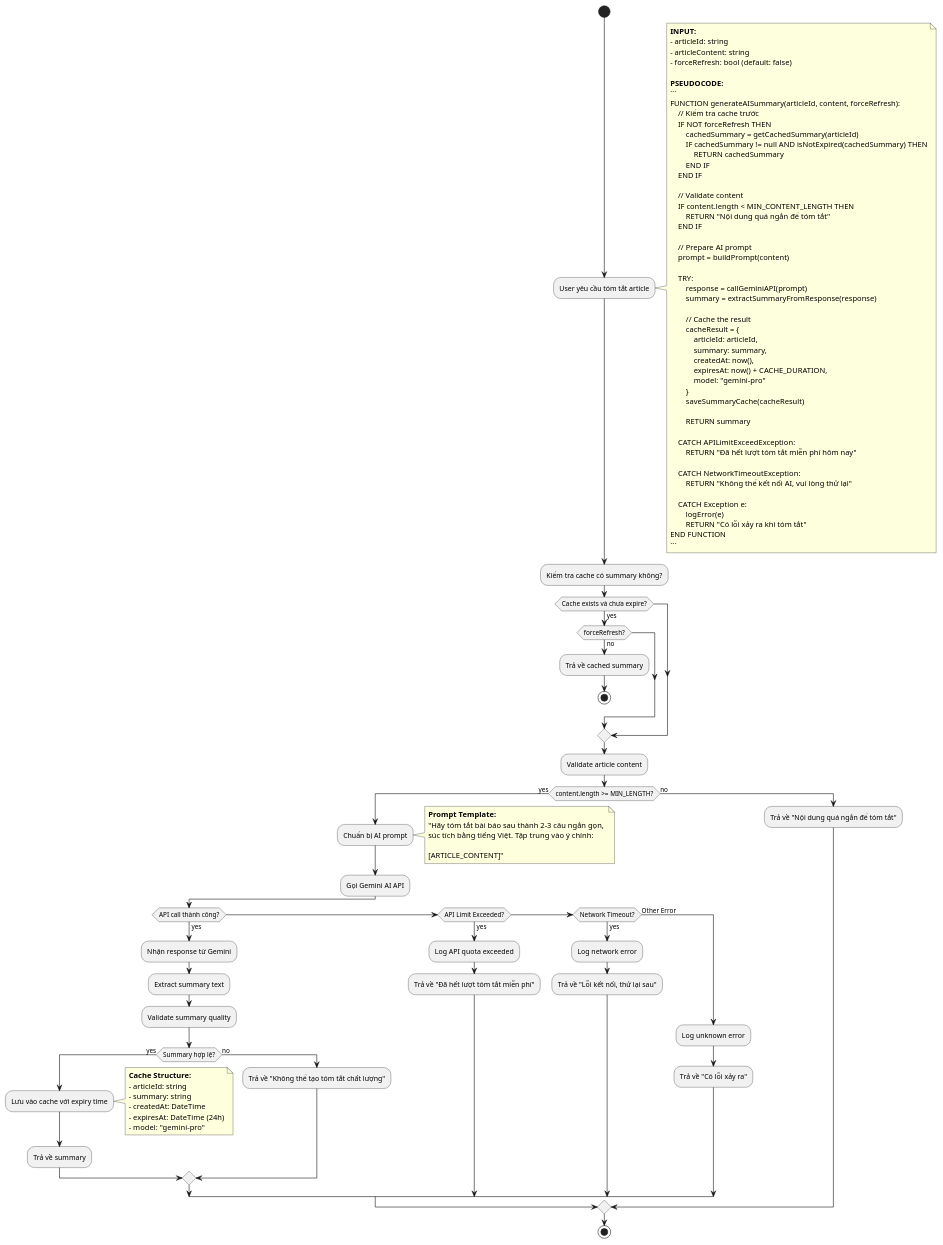
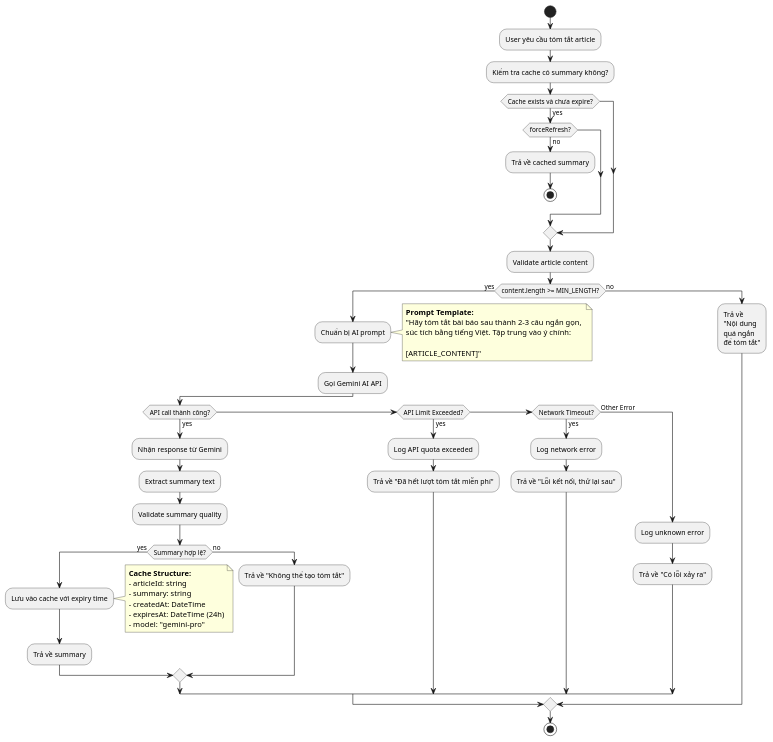
The diagram in Algorithm_diagrams/AISummaryGenerationAlgorithm.puml (KhoaSinno/assignment_3_safe_news), drawn with PlantUML before and after one commit. The commit also changed other lines of this file and 1 other file, not shown here.

````diff
--- a/Algorithm_diagrams/AISummaryGenerationAlgorithm.puml
+++ b/Algorithm_diagrams/AISummaryGenerationAlgorithm.puml
@@ -1,123 +1,123 @@
 @startuml AISummaryGenerationAlgorithm
 
 start
 
 :User yêu cầu tóm tắt article;
-note right
-**INPUT:**
-- articleId: string
-- articleContent: string
-- forceRefresh: bool (default: false)
+' note right
+' **INPUT:**
+' - articleId: string
+' - articleContent: string
+' - forceRefresh: bool (default: false)
 
-**PSEUDOCODE:**
-```
-FUNCTION generateAISummary(articleId, content, forceRefresh):
-    // Kiểm tra cache trước
-    IF NOT forceRefresh THEN
-        cachedSummary = getCachedSummary(articleId)
-        IF cachedSummary != null AND isNotExpired(cachedSummary) THEN
-            RETURN cachedSummary
-        END IF
-    END IF
+' **PSEUDOCODE:**
+' ```
+' FUNCTION generateAISummary(articleId, content, forceRefresh):
+'     // Kiểm tra cache trước
+'     IF NOT forceRefresh THEN
+'         cachedSummary = getCachedSummary(articleId)
+'         IF cachedSummary != null AND isNotExpired(cachedSummary) THEN
+'             RETURN cachedSummary
+'         END IF
+'     END IF
     
-    // Validate content
-    IF content.length < MIN_CONTENT_LENGTH THEN
-        RETURN "Nội dung quá ngắn để tóm tắt"
-    END IF
+'     // Validate content
+'     IF content.length < MIN_CONTENT_LENGTH THEN
+'         RETURN "Nội dung quá ngắn để tóm tắt"
+'     END IF
     
-    // Prepare AI prompt
-    prompt = buildPrompt(content)
+'     // Prepare AI prompt
+'     prompt = buildPrompt(content)
     
-    TRY:
-        response = callGeminiAPI(prompt)
-        summary = extractSummaryFromResponse(response)
+'     TRY:
+'         response = callGeminiAPI(prompt)
+'         summary = extractSummaryFromResponse(response)
         
-        // Cache the result
-        cacheResult = {
-            articleId: articleId,
-            summary: summary,
-            createdAt: now(),
-            expiresAt: now() + CACHE_DURATION,
-            model: "gemini-pro"
-        }
-        saveSummaryCache(cacheResult)
+'         // Cache the result
+'         cacheResult = {
+'             articleId: articleId,
+'             summary: summary,
+'             createdAt: now(),
+'             expiresAt: now() + CACHE_DURATION,
+'             model: "gemini-pro"
+'         }
+'         saveSummaryCache(cacheResult)
         
-        RETURN summary
+'         RETURN summary
         
-    CATCH APILimitExceedException:
-        RETURN "Đã hết lượt tóm tắt miễn phí hôm nay"
+'     CATCH APILimitExceedException:
+'         RETURN "Đã hết lượt tóm tắt miễn phí hôm nay"
         
-    CATCH NetworkTimeoutException:
-        RETURN "Không thể kết nối AI, vui lòng thử lại"
+'     CATCH NetworkTimeoutException:
+'         RETURN "Không thể kết nối AI, vui lòng thử lại"
         
-    CATCH Exception e:
-        logError(e)
-        RETURN "Có lỗi xảy ra khi tóm tắt"
-END FUNCTION
-```
-end note
+'     CATCH Exception e:
+'         logError(e)
+'         RETURN "Có lỗi xảy ra khi tóm tắt"
+' END FUNCTION
+' ```
+' end note
 
 :Kiểm tra cache có summary không?;
 
 if (Cache exists và chưa expire?) then (yes)
     if (forceRefresh?) then (no)
         :Trả về cached summary;
         stop
     endif
 endif
 
 :Validate article content;
 
 if (content.length >= MIN_LENGTH?) then (yes)
     :Chuẩn bị AI prompt;
     note right
     **Prompt Template:**
     "Hãy tóm tắt bài báo sau thành 2-3 câu ngắn gọn, 
     súc tích bằng tiếng Việt. Tập trung vào ý chính:
     
     [ARTICLE_CONTENT]"
     end note
     
     :Gọi Gemini AI API;
     
     if (API call thành công?) then (yes)
         :Nhận response từ Gemini;
         :Extract summary text;
         :Validate summary quality;
         
         if (Summary hợp lệ?) then (yes)
             :Lưu vào cache với expiry time;
             note right
             **Cache Structure:**
             - articleId: string
             - summary: string  
             - createdAt: DateTime
             - expiresAt: DateTime (24h)
             - model: "gemini-pro"
             end note
             
             :Trả về summary;
         else (no)
-            :Trả về "Không thể tạo tóm tắt chất lượng";
+            :Trả về "Không thể tạo tóm tắt";
         endif
         
     elseif (API Limit Exceeded?) then (yes)
         :Log API quota exceeded;
         :Trả về "Đã hết lượt tóm tắt miễn phí";
         
     elseif (Network Timeout?) then (yes)
         :Log network error;
         :Trả về "Lỗi kết nối, thử lại sau";
         
     else (Other Error)
         :Log unknown error;
         :Trả về "Có lỗi xảy ra";
     endif
     
 else (no)
-    :Trả về "Nội dung quá ngắn để tóm tắt";
+    :Trả về\n"Nội dung\nquá ngắn\nđể tóm tắt";
 endif
 
 stop
 
 @enduml
````
